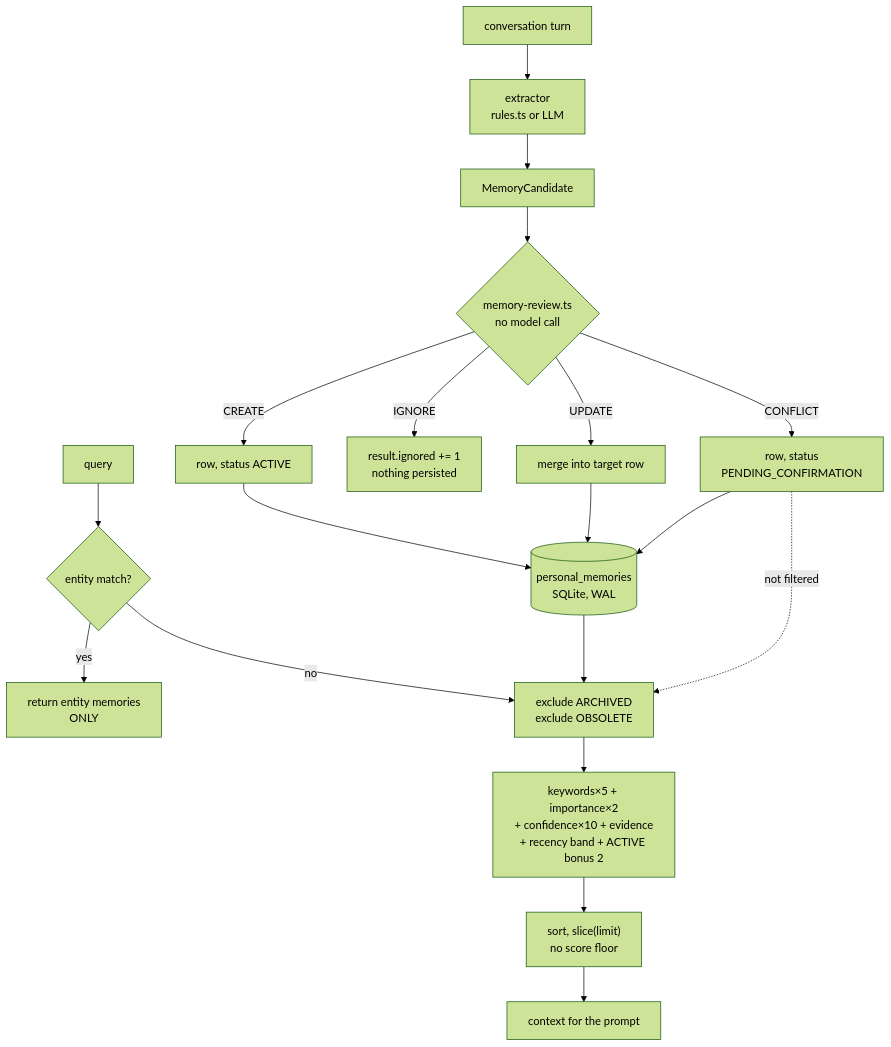
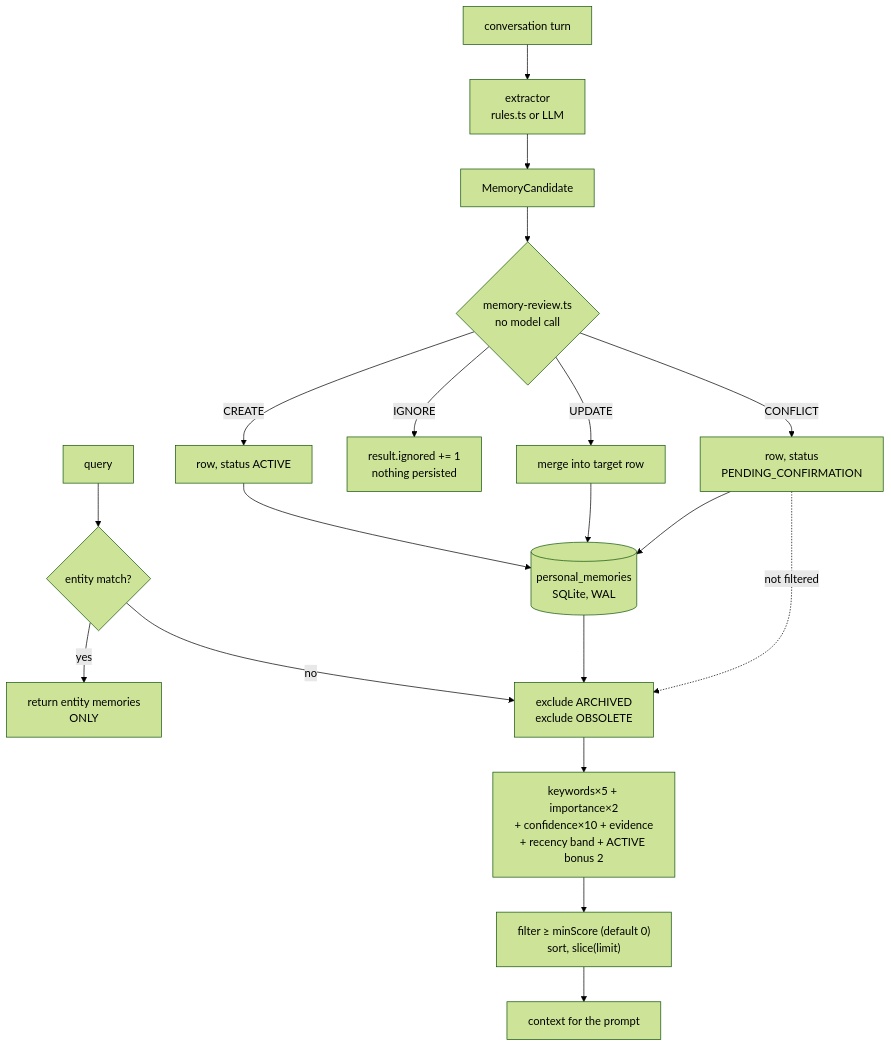
Before and after one commit to neoneye/agent-memory-atlas: the diagram in content/systems/arcon.md, drawn with Mermaid (forest theme). The commit also changed other lines of this file and 16 other files, not shown here.

````diff
--- a/content/systems/arcon.md
+++ b/content/systems/arcon.md
@@ -107,26 +126,26 @@
 ```mermaid
 flowchart TD
 %% caption: the write path classifies every candidate four ways without a model, and the read path consults two of the five statuses that classification can produce — so a memory kept because it conflicted is retrieved beside the one it contradicts
     TURN["conversation turn"] --> EXT["extractor<br/>rules.ts or LLM"]
     EXT --> CAND["MemoryCandidate"]
     CAND --> REVIEW{"memory-review.ts<br/>no model call"}
 
     REVIEW -->|CREATE| NEW["row, status ACTIVE"]
     REVIEW -->|UPDATE| UPD["merge into target row"]
     REVIEW -->|IGNORE| CNT["result.ignored += 1<br/>nothing persisted"]
     REVIEW -->|CONFLICT| PEND["row, status<br/>PENDING_CONFIRMATION"]
 
     NEW --> DB[("personal_memories<br/>SQLite, WAL")]
     UPD --> DB
     PEND --> DB
 
     Q["query"] --> ENT{"entity match?"}
     ENT -->|yes| ONLY["return entity memories<br/>ONLY"]
     ENT -->|no| FILT["exclude ARCHIVED<br/>exclude OBSOLETE"]
     DB --> FILT
     FILT --> SCORE["keywords×5 + importance×2<br/>+ confidence×10 + evidence<br/>+ recency band + ACTIVE bonus 2"]
-    SCORE --> TOPN["sort, slice(limit)<br/>no score floor"]
+    SCORE --> TOPN["filter ≥ minScore (default 0)<br/>sort, slice(limit)"]
     TOPN --> OUT["context for the prompt"]
 
     PEND -.->|"not filtered"| FILT
 ```
````
